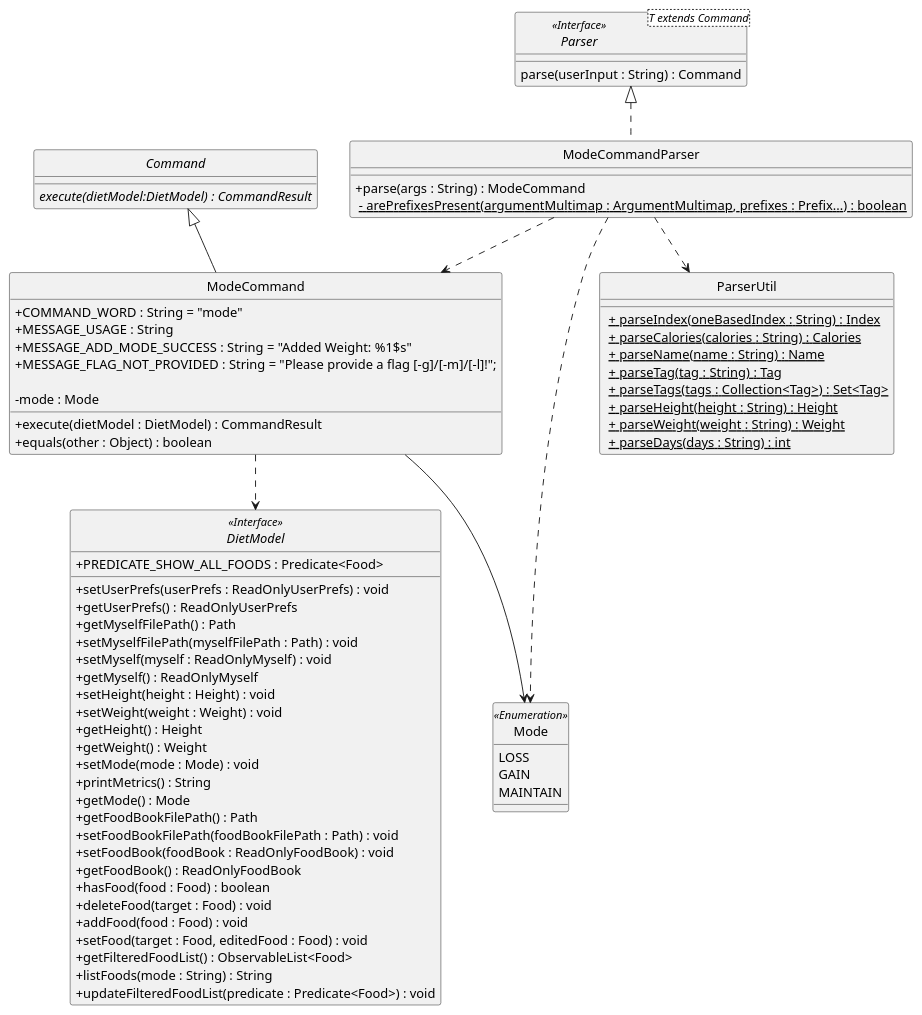
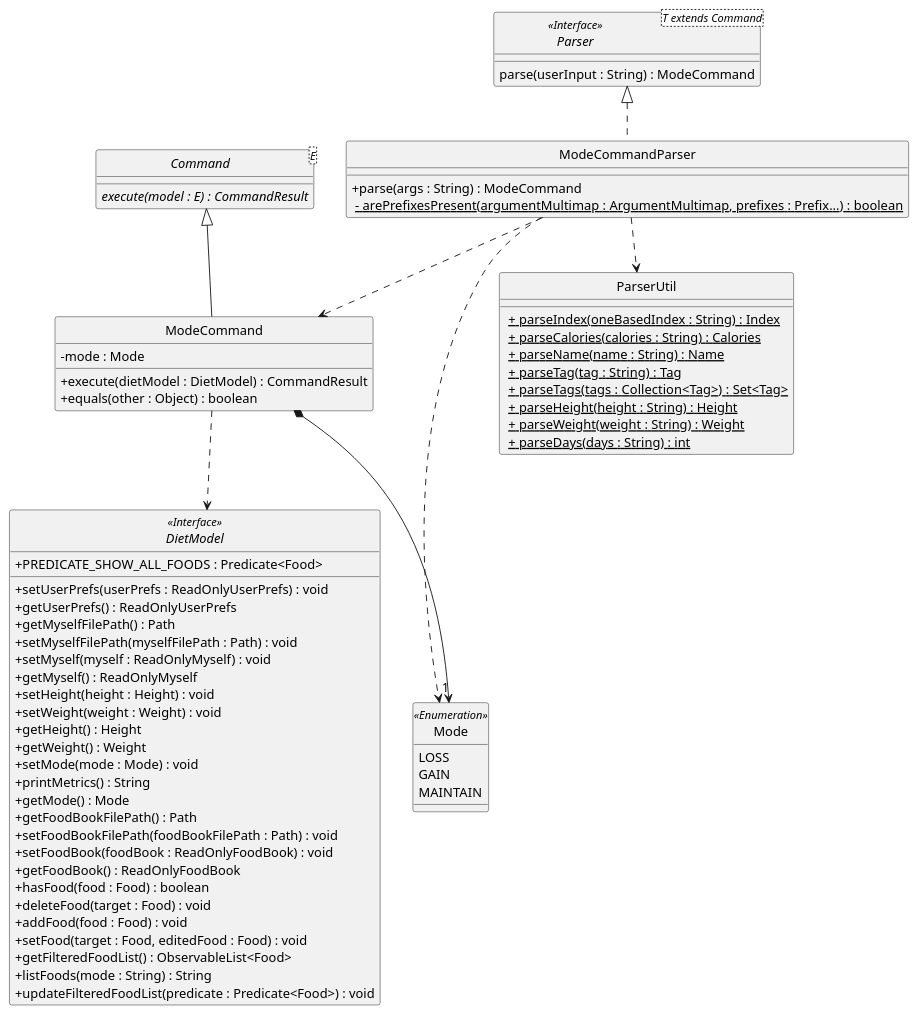
One commit to nus-cs2103-AY1920S2/addressbook-level3 changed the diagram in docs/diagrams/DietTrackerModeCommandClassDiagram.puml. Above: the diagram before and after it, drawn with PlantUML. The commit also changed 45 other files, not shown here.

```diff
--- a/docs/diagrams/DietTrackerModeCommandClassDiagram.puml
+++ b/docs/diagrams/DietTrackerModeCommandClassDiagram.puml
@@ -1,94 +1,89 @@
 @startuml
 /' @author @jarrod-bob'/
 /' Got inspiration and adapted
 from https://github.com/AY1920S2-CS2103T-W12-1/main/blob/master/docs/images/DeliveredClassDiagram.png '/
 
 skinparam backgroundColor #ffffff
 skinparam classAttributeIconSize 0
 hide circle
 
 class ModeCommandParser implements Parser {
     /' Methods '/
     + parse(args : String) : ModeCommand
     <u> - arePrefixesPresent(argumentMultimap : ArgumentMultimap, prefixes : Prefix...) : boolean
 }
 
 interface Parser<T extends Command> <<Interface>> {
-    parse(userInput : String) : Command
+    parse(userInput : String) : ModeCommand
 }
 
-abstract class Command {
-    {abstract} execute(dietModel:DietModel) : CommandResult
+abstract class Command<E> {
+    {abstract} execute(model : E) : CommandResult
 }
 
 class ModeCommand extends Command {
     /' Fields '/
-    + COMMAND_WORD : String = "mode"
-    + MESSAGE_USAGE : String
-    + MESSAGE_ADD_MODE_SUCCESS : String = "Added Weight: %1$s"
-    + MESSAGE_FLAG_NOT_PROVIDED : String = "Please provide a flag [-g]/[-m]/[-l]!";
-
     - mode : Mode
 
     /' Methods '/
     + execute(dietModel : DietModel) : CommandResult
     + equals(other : Object) : boolean
 
 }
 
 interface DietModel <<Interface>> {
     + PREDICATE_SHOW_ALL_FOODS : Predicate<Food>
 
     + setUserPrefs(userPrefs : ReadOnlyUserPrefs) : void
     + getUserPrefs() : ReadOnlyUserPrefs
     + getMyselfFilePath() : Path
     + setMyselfFilePath(myselfFilePath : Path) : void
     + setMyself(myself : ReadOnlyMyself) : void
     + getMyself() : ReadOnlyMyself
     + setHeight(height : Height) : void
     + setWeight(weight : Weight) : void
     + getHeight() : Height
     + getWeight() : Weight
     + setMode(mode : Mode) : void
     + printMetrics() : String
     + getMode() : Mode
     + getFoodBookFilePath() : Path
     + setFoodBookFilePath(foodBookFilePath : Path) : void
     + setFoodBook(foodBook : ReadOnlyFoodBook) : void
     + getFoodBook() : ReadOnlyFoodBook
     + hasFood(food : Food) : boolean
     + deleteFood(target : Food) : void
     + addFood(food : Food) : void
     + setFood(target : Food, editedFood : Food) : void
     + getFilteredFoodList() : ObservableList<Food>
     + listFoods(mode : String) : String
     + updateFilteredFoodList(predicate : Predicate<Food>) : void
 }
 
 enum Mode <<Enumeration>> {
     /' Fields '/
     LOSS
     GAIN
     MAINTAIN
 }
 
 class ParserUtil {
     <u> + parseIndex(oneBasedIndex : String) : Index
     <u> + parseCalories(calories : String) : Calories
     <u> + parseName(name : String) : Name
     <u> + parseTag(tag : String) : Tag
     <u> + parseTags(tags : Collection<Tag>) : Set<Tag>
     <u> + parseHeight(height : String) : Height
     <u> + parseWeight(weight : String) : Weight
     <u> + parseDays(days : String) : int
 }
 
 ModeCommand ..> DietModel
 ModeCommandParser ..> ModeCommand
 ModeCommandParser ..> Mode
 ModeCommandParser ..> ParserUtil
-ModeCommand --> Mode
+ModeCommand *--> "1" Mode
 
 
 
 @enduml
```
